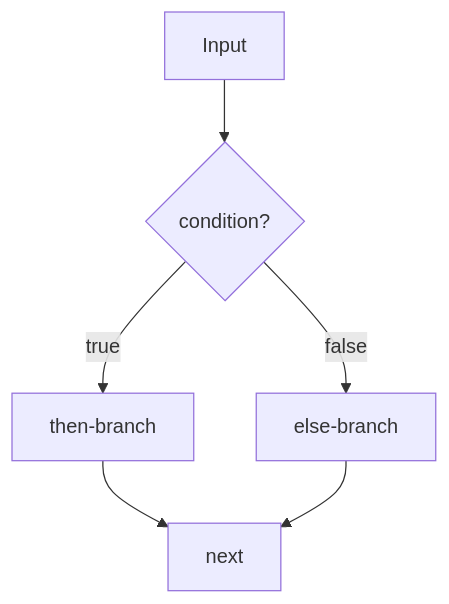
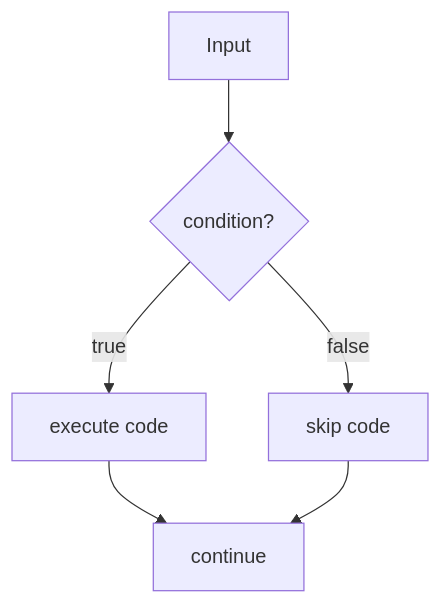
Before and after one commit to pc-eight-one/codersbox: the first of 5 diagrams in src/content/tutorials/java-complete/java-complete-part-5.md, drawn with Mermaid. The commit also changed other lines of this file and 9 other files, not shown here.

First line of the commit message:
feat: embed Mermaid initialization script, remove unused dependencies

````diff
--- a/src/content/tutorials/java-complete/java-complete-part-5.md
+++ b/src/content/tutorials/java-complete/java-complete-part-5.md
@@ -22,8 +22,8 @@
 ```mermaid
 flowchart TD
     A[Input] --> B{condition?}
-    B -- true --> C[then-branch]
-    B -- false --> D[else-branch]
-    C --> E[next]
-    D --> E[next]
+    B -- true --> C[execute code]
+    B -- false --> D[skip code]
+    C --> E[continue]
+    D --> E[continue]
 ```
````
